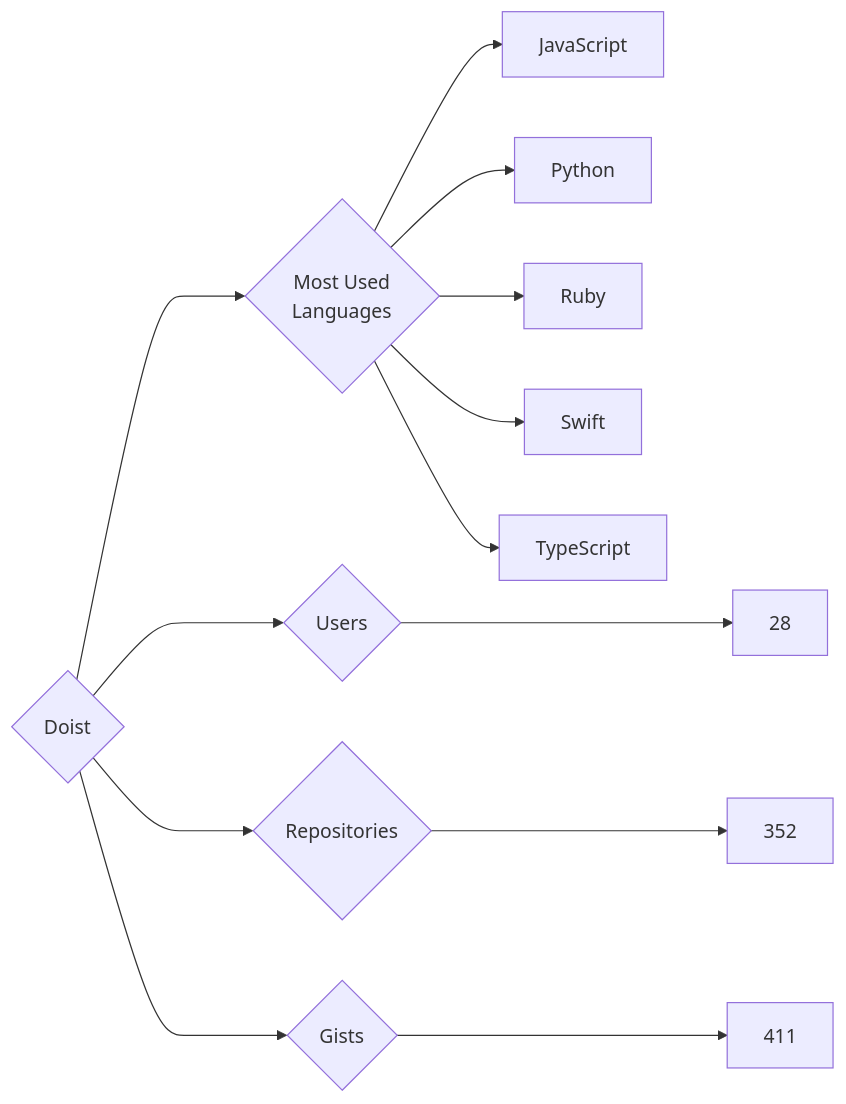
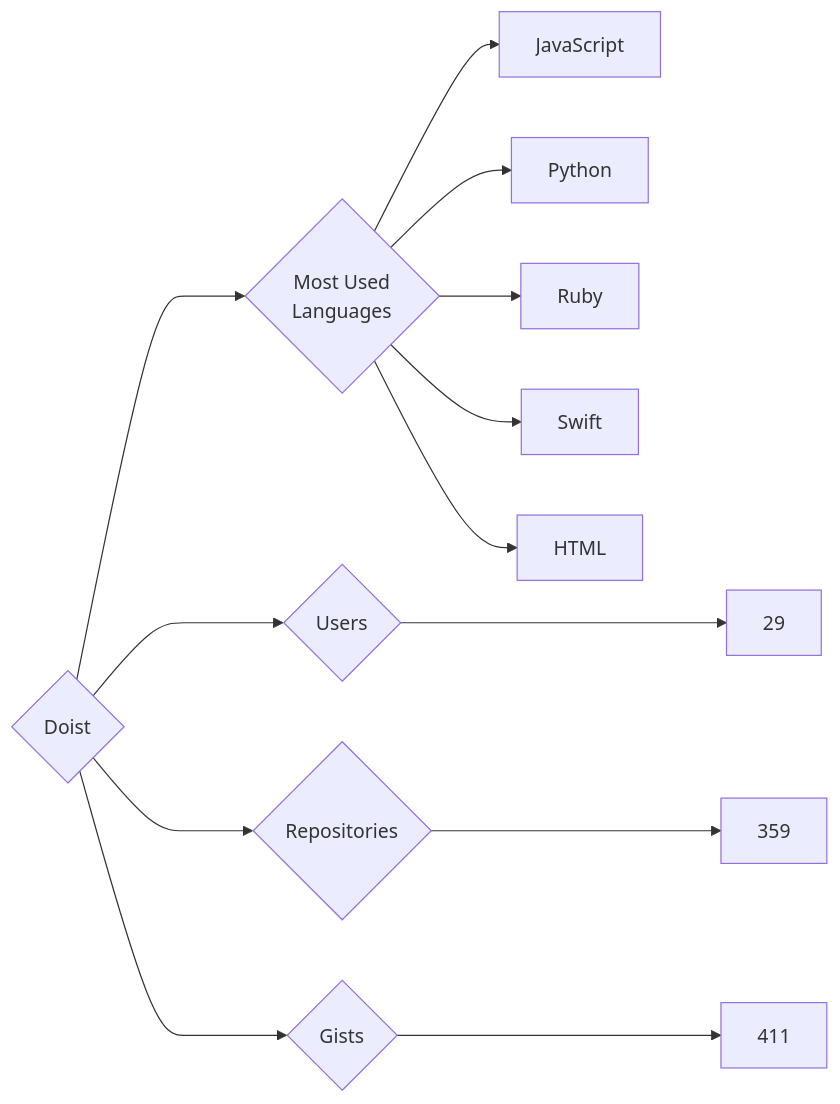
One commit to trickest/insiders changed the diagram in targets/Doist/README.md. Above: the diagram before and after it, drawn with Mermaid. The commit also changed 894 other files, not shown here.

````diff
--- a/targets/Doist/README.md
+++ b/targets/Doist/README.md
@@ -3,13 +3,13 @@
 ```mermaid
 graph LR
 COMPANY_NAME{Doist}
-COMPANY_NAME ---> U{Users} ---> UN[28]
-COMPANY_NAME ---> R{Repositories} ---> RN[352]
+COMPANY_NAME ---> U{Users} ---> UN[29]
+COMPANY_NAME ---> R{Repositories} ---> RN[359]
 COMPANY_NAME ---> G{Gists} ---> GN[411]
 COMPANY_NAME ---> ML{Most Used<br>Languages}
 ML --> JavaScript[JavaScript]
 ML --> Python[Python]
 ML --> Ruby[Ruby]
 ML --> Swift[Swift]
-ML --> TypeScript[TypeScript]
+ML --> HTML[HTML]
 ```
````
